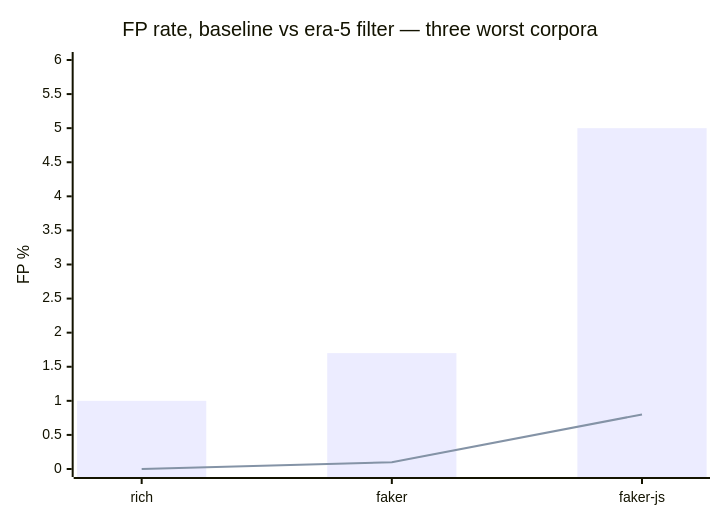
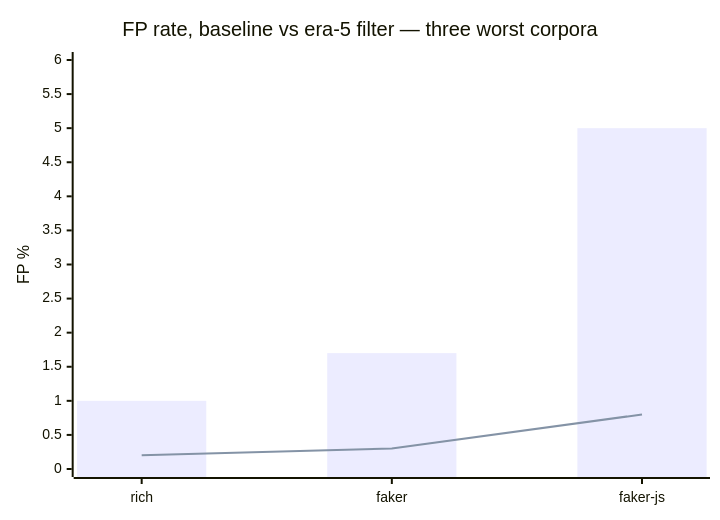
One commit to get-tmonier/argot changed the diagram in docs/research/05-calibration-hygiene.md. Above: the diagram before and after it, drawn with Mermaid. The commit also changed other lines of this file and 4 other files, not shown here.

````diff
--- a/docs/research/05-calibration-hygiene.md
+++ b/docs/research/05-calibration-hygiene.md
@@ -81,8 +80,8 @@
 ```mermaid
 xychart-beta
     title "FP rate, baseline vs era-5 filter — three worst corpora"
     x-axis ["rich", "faker", "faker-js"]
     y-axis "FP %" 0 --> 6
     bar [1.0, 1.7, 5.0]
-    line [0.0, 0.1, 0.8]
+    line [0.2, 0.3, 0.8]
 ```
````
